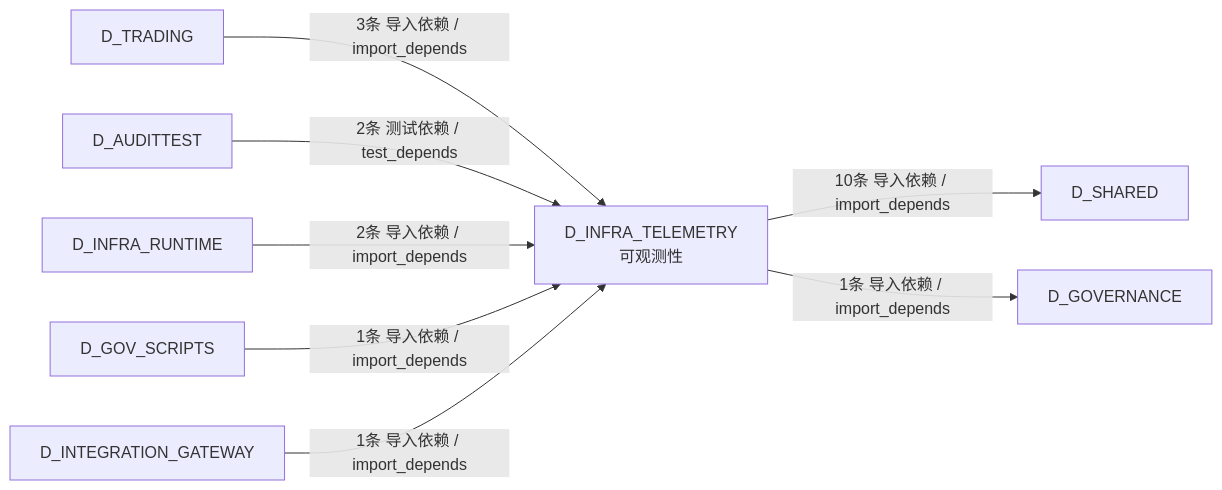
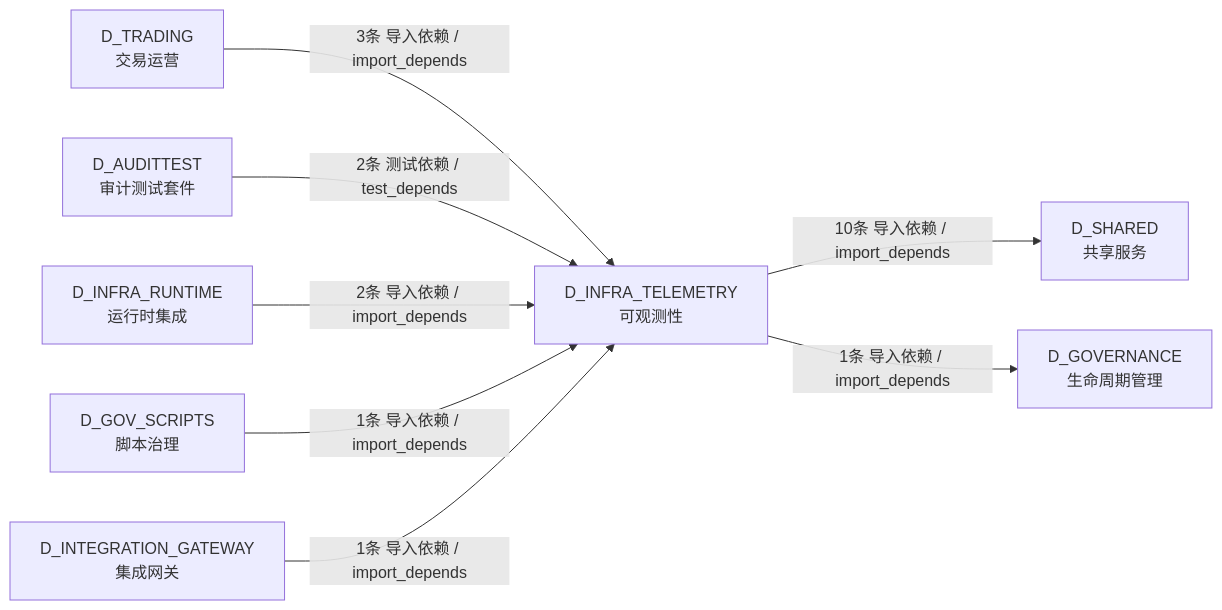
Before and after one commit to xuanFelixVan/ZephyrAlpha: the fourth of 4 diagrams in docs/02_enterprise_architecture/02_domain_architecture_docs/05_d_infra_telemetry.md, drawn with Mermaid. The commit also changed other lines of this file and 1 other file, not shown here.

First line of the commit message:
feat(domain-doc): 跨域依赖表格从聚合统计改为模块级明细(源模块目标模块+中文功能简介),Mermaid图外部域节点加中文名

````diff
--- a/docs/02_enterprise_architecture/02_domain_architecture_docs/05_d_infra_telemetry.md
+++ b/docs/02_enterprise_architecture/02_domain_architecture_docs/05_d_infra_telemetry.md
@@ -295,18 +308,18 @@
 ```mermaid
 graph LR
     D_INFRA_TELEMETRY["D_INFRA_TELEMETRY<br/>可观测性"]
-    D_SHARED["D_SHARED"]
-    D_GOVERNANCE["D_GOVERNANCE"]
-    D_TRADING["D_TRADING"]
-    D_AUDITTEST["D_AUDITTEST"]
-    D_INFRA_RUNTIME["D_INFRA_RUNTIME"]
-    D_GOV_SCRIPTS["D_GOV_SCRIPTS"]
-    D_INTEGRATION_GATEWAY["D_INTEGRATION_GATEWAY"]
+    D_SHARED["D_SHARED<br/>共享服务"]
+    D_GOVERNANCE["D_GOVERNANCE<br/>生命周期管理"]
+    D_TRADING["D_TRADING<br/>交易运营"]
+    D_AUDITTEST["D_AUDITTEST<br/>审计测试套件"]
+    D_INFRA_RUNTIME["D_INFRA_RUNTIME<br/>运行时集成"]
+    D_GOV_SCRIPTS["D_GOV_SCRIPTS<br/>脚本治理"]
+    D_INTEGRATION_GATEWAY["D_INTEGRATION_GATEWAY<br/>集成网关"]
     D_INFRA_TELEMETRY -->|10条 导入依赖 / import_depends| D_SHARED
     D_INFRA_TELEMETRY -->|1条 导入依赖 / import_depends| D_GOVERNANCE
     D_TRADING -->|3条 导入依赖 / import_depends| D_INFRA_TELEMETRY
     D_AUDITTEST -->|2条 测试依赖 / test_depends| D_INFRA_TELEMETRY
     D_INFRA_RUNTIME -->|2条 导入依赖 / import_depends| D_INFRA_TELEMETRY
     D_GOV_SCRIPTS -->|1条 导入依赖 / import_depends| D_INFRA_TELEMETRY
     D_INTEGRATION_GATEWAY -->|1条 导入依赖 / import_depends| D_INFRA_TELEMETRY
 ```
````
